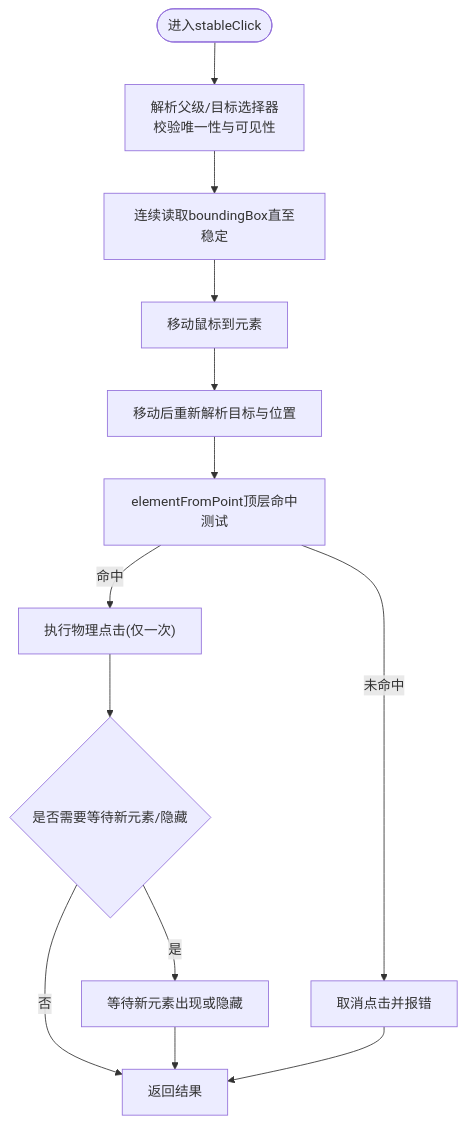
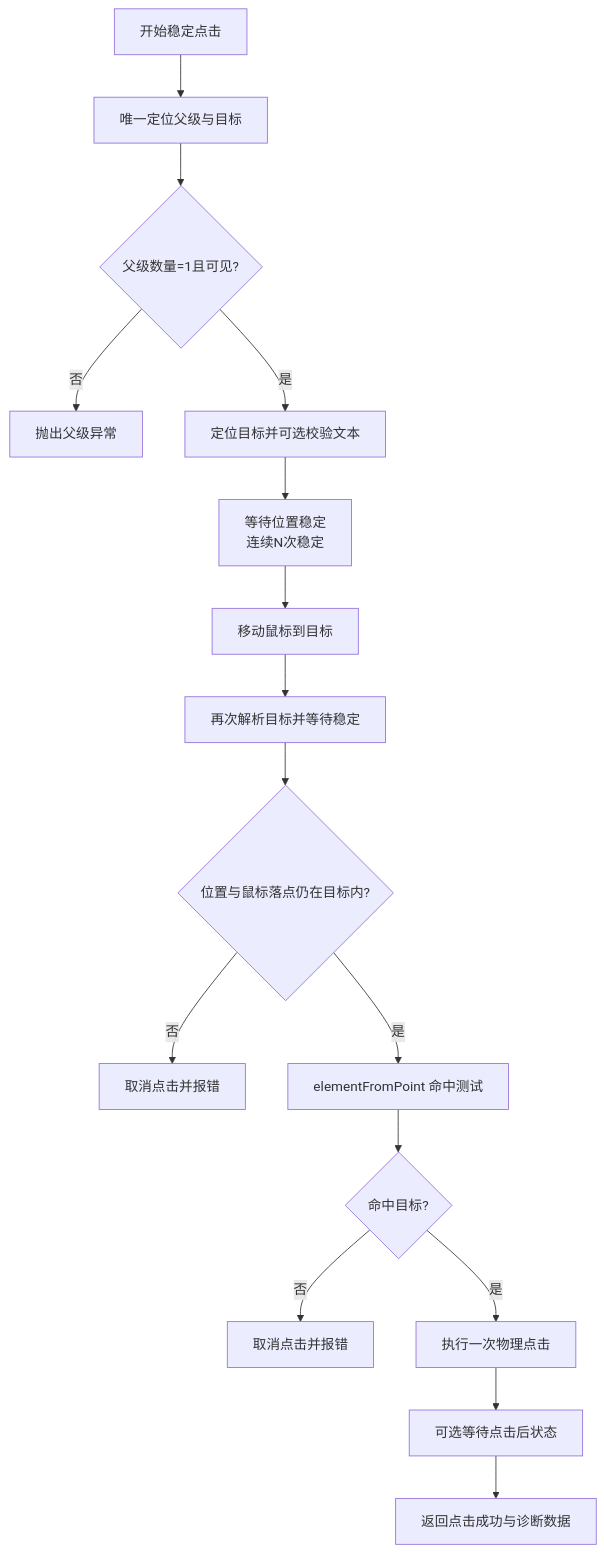
The fourth of 7 diagrams in .qoder/repowiki/zh/content/本地执行器/平台适配器/猎聘适配器/稳定点击机制.md (alvinwangzi/goodhr), drawn with Mermaid before and after one commit. The commit also changed other lines of this file and 149 other files, not shown here.

````diff
--- a/.qoder/repowiki/zh/content/本地执行器/平台适配器/猎聘适配器/稳定点击机制.md
+++ b/.qoder/repowiki/zh/content/本地执行器/平台适配器/猎聘适配器/稳定点击机制.md
@@ -165,15 +149,18 @@
 ```mermaid
 flowchart TD
-S(["进入stableClick"]) --> Resolve["解析父级/目标选择器<br/>校验唯一性与可见性"]
-Resolve --> Stable["连续读取boundingBox直至稳定"]
-Stable --> Move["移动鼠标到元素"]
-Move --> ReResolve["移动后重新解析目标与位置"]
-ReResolve --> HitTest["elementFromPoint顶层命中测试"]
-HitTest --> |命中| Click["执行物理点击(仅一次)"]
-HitTest --> |未命中| Abort["取消点击并报错"]
-Click --> Confirm{"是否需要等待新元素/隐藏"}
-Confirm --> |是| Wait["等待新元素出现或隐藏"]
-Confirm --> |否| Done["返回结果"]
-Wait --> Done
-Abort --> Done
+A["开始稳定点击"] --> B["唯一定位父级与目标"]
+B --> C{"父级数量=1且可见?"}
+C --> |否| E["抛出父级异常"]
+C --> |是| D["定位目标并可选校验文本"]
+D --> F["等待位置稳定<br/>连续N次稳定"]
+F --> G["移动鼠标到目标"]
+G --> H["再次解析目标并等待稳定"]
+H --> I{"位置与鼠标落点仍在目标内?"}
+I --> |否| J["取消点击并报错"]
+I --> |是| K["elementFromPoint 命中测试"]
+K --> L{"命中目标?"}
+L --> |否| M["取消点击并报错"]
+L --> |是| N["执行一次物理点击"]
+N --> O["可选等待点击后状态"]
+O --> P["返回点击成功与诊断数据"]
 ```
````
